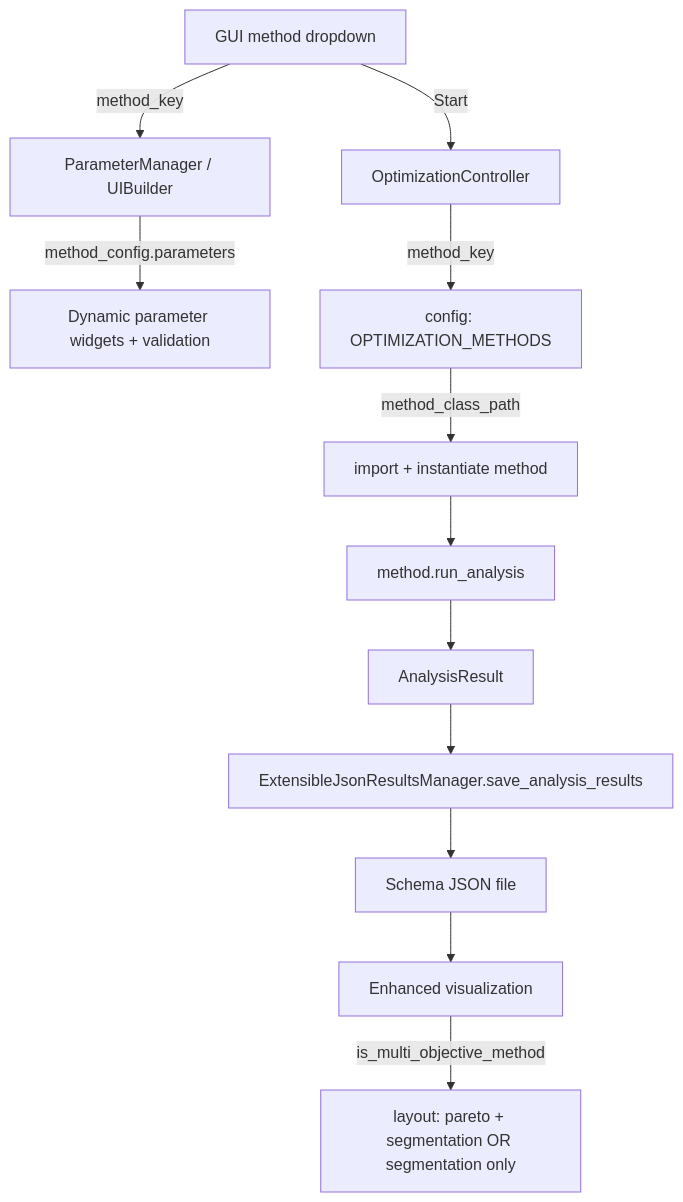
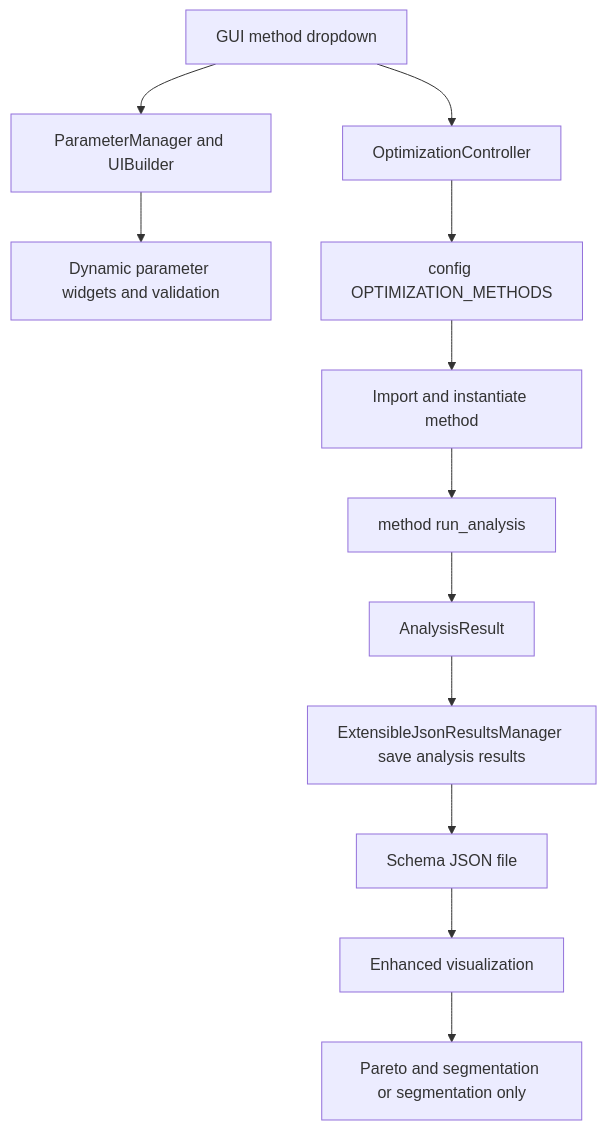
The first of 2 diagrams in docs/configuring_new_analysis_method.md (eperrone-pers/highway_segmentation_tool), drawn with Mermaid before and after one commit. The commit also changed other lines of this file and 15 other files, not shown here.

````diff
--- a/docs/configuring_new_analysis_method.md
+++ b/docs/configuring_new_analysis_method.md
@@ -208,17 +201,14 @@
 ```mermaid
 flowchart TD
-  GUI[GUI method dropdown] -->|method_key| PM[ParameterManager / UIBuilder]
-  PM -->|method_config.parameters| UI[Dynamic parameter widgets + validation]
-
-  GUI -->|Start| OC[OptimizationController]
-    OC -->|method_key| CFG[config: OPTIMIZATION_METHODS]
-    CFG -->|method_class_path| IMPORT[import + instantiate method]
-    IMPORT --> CALL[method.run_analysis]
-    CALL --> AR[AnalysisResult]
-
-  AR --> J[ExtensibleJsonResultsManager.save_analysis_results]
-  J --> JSON[Schema JSON file]
-
-  JSON --> VIZ[Enhanced visualization]
-    VIZ -->|is_multi_objective_method| LAYOUT[layout: pareto + segmentation OR segmentation only]
+    GUI["GUI method dropdown"] --> PM["ParameterManager and UIBuilder"];
+    PM --> UI["Dynamic parameter widgets and validation"];
+    GUI --> OC["OptimizationController"];
+    OC --> CFG["config OPTIMIZATION_METHODS"];
+    CFG --> IMPORT["Import and instantiate method"];
+    IMPORT --> CALL["method run_analysis"];
+    CALL --> AR["AnalysisResult"];
+    AR --> J["ExtensibleJsonResultsManager save analysis results"];
+    J --> JSON["Schema JSON file"];
+    JSON --> VIZ["Enhanced visualization"];
+    VIZ --> LAYOUT["Pareto and segmentation or segmentation only"];
 ```
````
